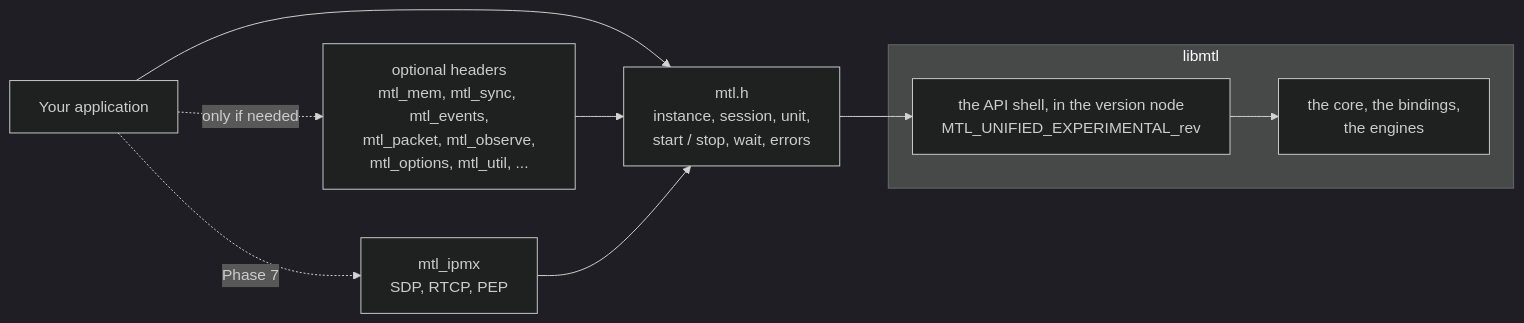
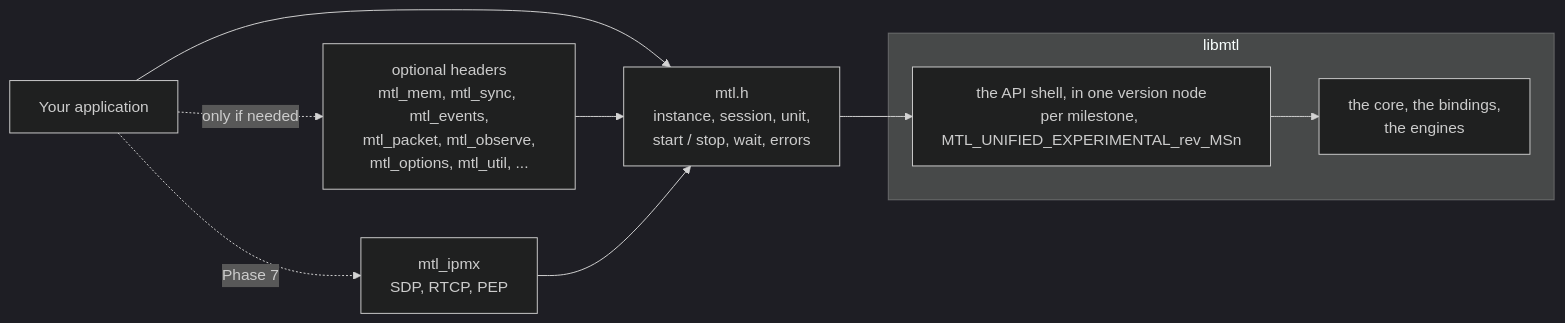
Before and after one commit to Sakoram/Media-Transport-Library: diagram 19 of 56 in doc/unified-api/diagrams.md, drawn with Mermaid (dark theme). The commit also changed other lines of this file and 53 other files, not shown here.

First line of the commit message:
Docs: Apply the design round for the unified API

````diff
--- a/doc/unified-api/diagrams.md
+++ b/doc/unified-api/diagrams.md
@@ -530,14 +531,14 @@
 ```mermaid
 flowchart LR
     APP["Your application"] --> MTLH["mtl.h<br/>instance, session, unit,<br/>start / stop, wait, errors"]
     APP -. "only if needed" .-> EXT["optional headers<br/>mtl_mem, mtl_sync, mtl_events,<br/>mtl_packet, mtl_observe,<br/>mtl_options, mtl_util, ..."]
     APP -. "Phase 7" .-> L7["mtl_ipmx<br/>SDP, RTCP, PEP"]
     EXT --> MTLH
     L7 --> MTLH
     subgraph LIBMTL["libmtl"]
-        LIB["the API shell, in the version node<br/>MTL_UNIFIED_EXPERIMENTAL_rev"]
+        LIB["the API shell, in one version node<br/>per milestone, MTL_UNIFIED_EXPERIMENTAL_rev_MSn"]
         ENG["the core, the bindings,<br/>the engines"]
     end
     MTLH --> LIB
     LIB --> ENG
 ```
````
